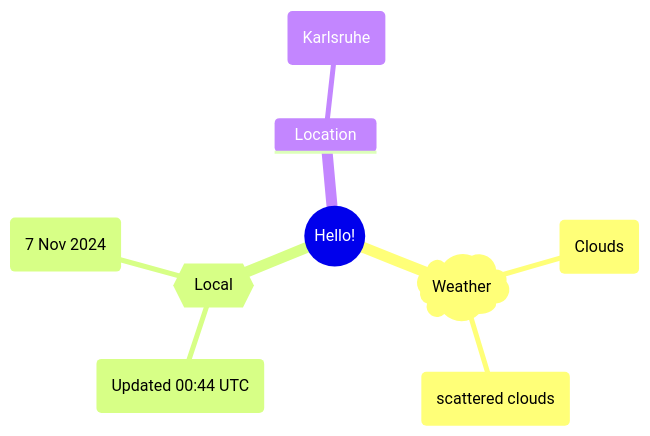
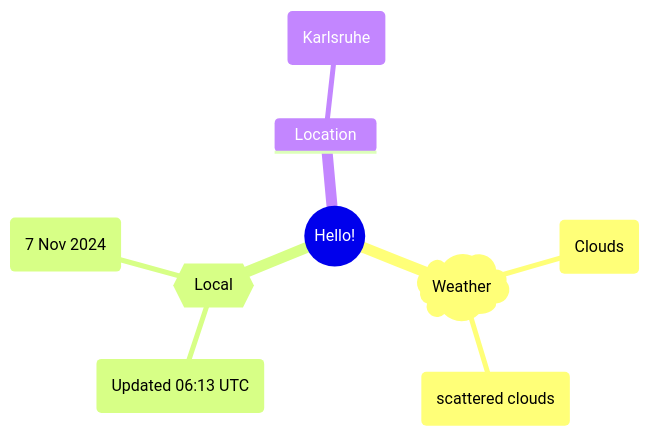
One commit to Xosrov/Xosrov changed the first of 2 diagrams in README.md. Above: the diagram before and after it, drawn with Mermaid.

Commit message:
[bot] updated images

````diff
--- a/README.md
+++ b/README.md
@@ -3,12 +3,12 @@
 ```mermaid
 mindmap
   root((Hello!))
     )Weather(
         (Clouds)
         (scattered clouds)
     {{Local}}
-        (Updated 00:44 UTC)
+        (Updated 06:13 UTC)
         (7 Nov 2024)
     Location
         (Karlsruhe)
 ```
````
